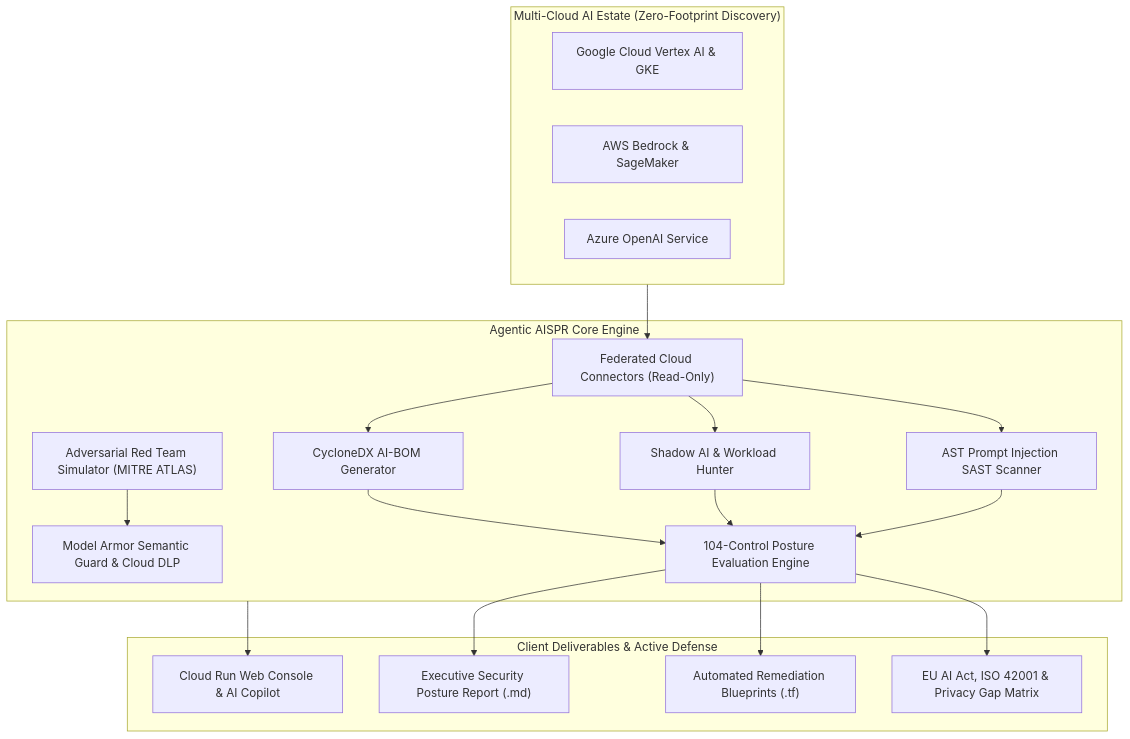
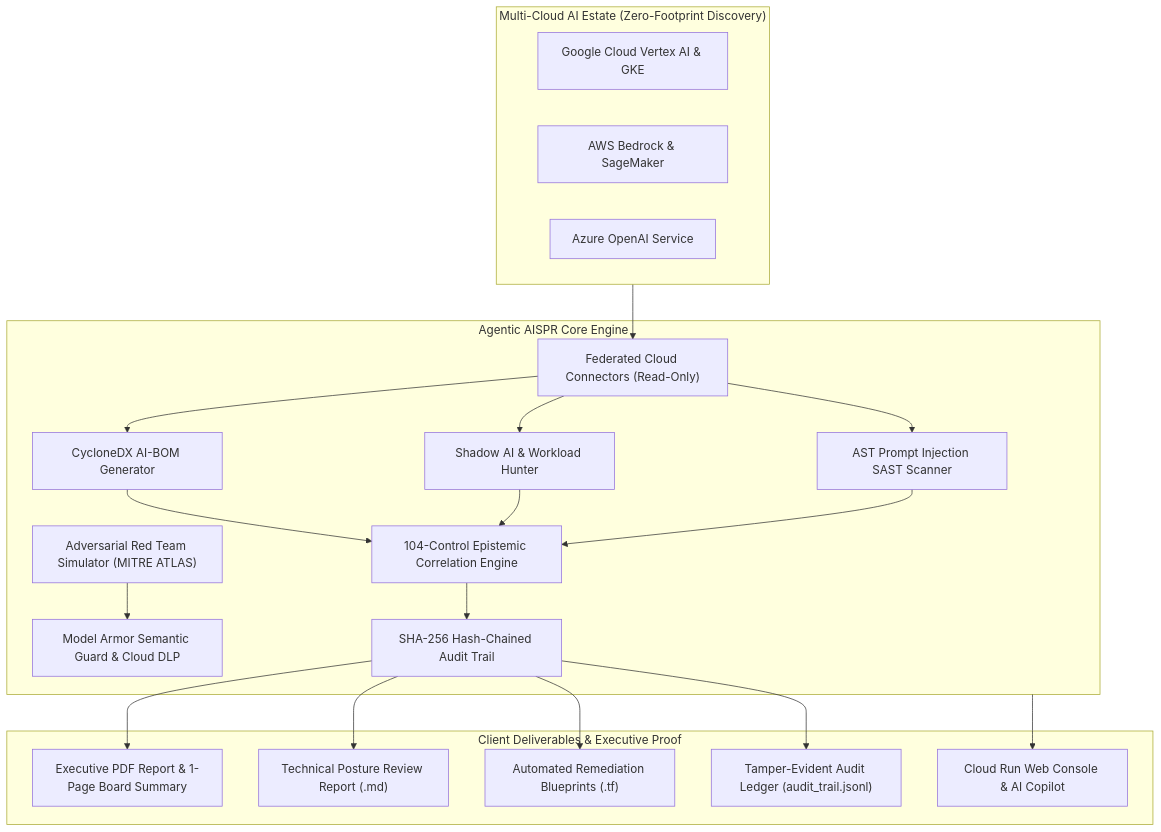
The diagram in README.md (g-jsaccomani/aispr), drawn with Mermaid before and after one commit. The commit also changed other lines of this file and 152 other files, not shown here.

````diff
--- a/README.md
+++ b/README.md
@@ -18,38 +64,42 @@
 ```mermaid
 flowchart TD
     subgraph MultiCloud ["Multi-Cloud AI Estate (Zero-Footprint Discovery)"]
         GCP["Google Cloud Vertex AI & GKE"]
         AWS["AWS Bedrock & SageMaker"]
         AZURE["Azure OpenAI Service"]
     end
 
     subgraph CoreEngine ["Agentic AISPR Core Engine"]
         CONNECTORS["Federated Cloud Connectors (Read-Only)"]
         AIBOM["CycloneDX AI-BOM Generator"]
         SHADOW["Shadow AI & Workload Hunter"]
         SAST["AST Prompt Injection SAST Scanner"]
         REDTEAM["Adversarial Red Team Simulator (MITRE ATLAS)"]
         GUARD["Model Armor Semantic Guard & Cloud DLP"]
-        SCORER["104-Control Posture Evaluation Engine"]
+        SCORER["104-Control Epistemic Correlation Engine"]
+        AUDIT["SHA-256 Hash-Chained Audit Trail"]
     end
 
-    subgraph Deliverables ["Client Deliverables & Active Defense"]
+    subgraph Deliverables ["Client Deliverables & Executive Proof"]
+        PDF["Executive PDF Report & 1-Page Board Summary"]
+        MD["Technical Posture Review Report (.md)"]
+        TF["Automated Remediation Blueprints (.tf)"]
+        TRAIL["Tamper-Evident Audit Ledger (audit_trail.jsonl)"]
         UI["Cloud Run Web Console & AI Copilot"]
-        REPORT["Executive Security Posture Report (.md)"]
-        TF["Automated Remediation Blueprints (.tf)"]
-        LEGAL["EU AI Act, ISO 42001 & Privacy Gap Matrix"]
     end
 
     MultiCloud --> CONNECTORS
     CONNECTORS --> AIBOM
     CONNECTORS --> SHADOW
     CONNECTORS --> SAST
     AIBOM --> SCORER
     SHADOW --> SCORER
     SAST --> SCORER
     REDTEAM --> GUARD
-    SCORER --> REPORT
-    SCORER --> TF
-    SCORER --> LEGAL
+    SCORER --> AUDIT
+    AUDIT --> PDF
+    AUDIT --> MD
+    AUDIT --> TF
+    AUDIT --> TRAIL
     CoreEngine --> UI
 ```
````
